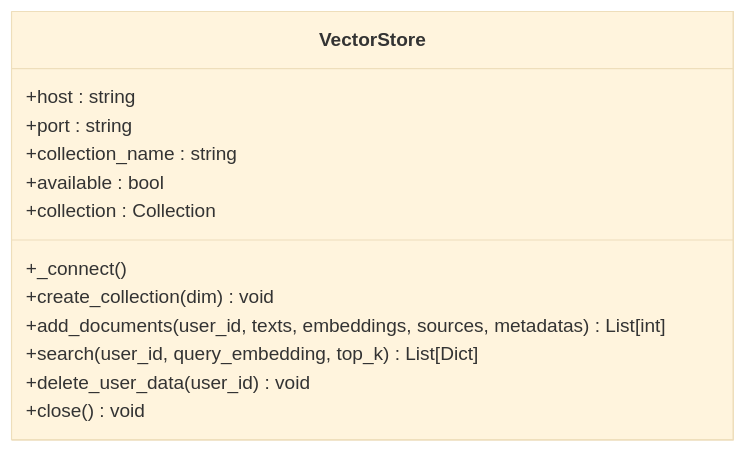
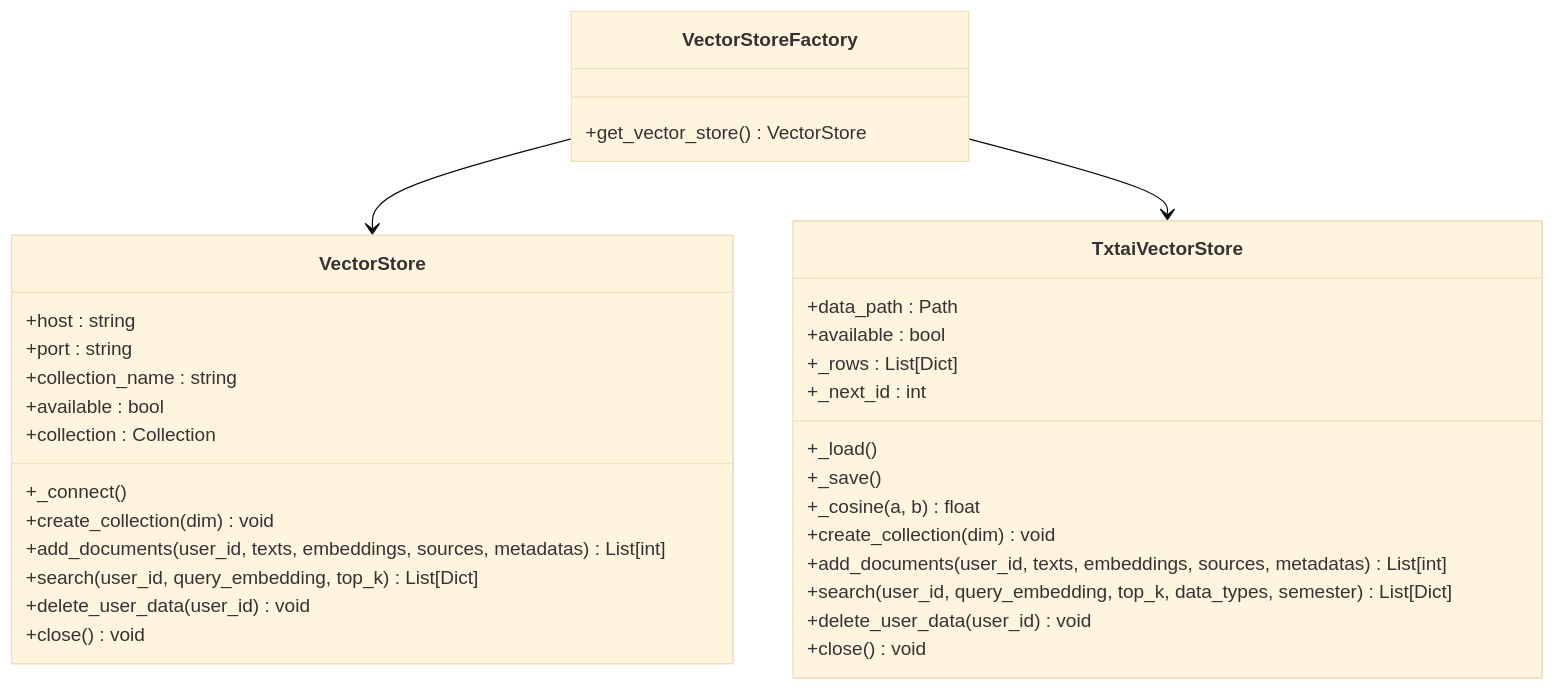
Before and after one commit to ghbbn053-ship-itsoulddog/soulddog: the fourth of 23 diagrams in .qoder/repowiki/zh/content/AI智能问答系统/AI智能问答系统.md, drawn with Mermaid (base theme). The commit also changed other lines of this file and 119 other files, not shown here.

````diff
--- a/.qoder/repowiki/zh/content/AI智能问答系统/AI智能问答系统.md
+++ b/.qoder/repowiki/zh/content/AI智能问答系统/AI智能问答系统.md
@@ -179,16 +282,35 @@
 ```mermaid
 classDiagram
 class VectorStore {
 +host : string
 +port : string
 +collection_name : string
 +available : bool
 +collection : Collection
 +_connect()
 +create_collection(dim) void
 +add_documents(user_id, texts, embeddings, sources, metadatas) List[int]
 +search(user_id, query_embedding, top_k) List[Dict]
 +delete_user_data(user_id) void
 +close() void
 }
+class TxtaiVectorStore {
++data_path : Path
++available : bool
++_rows : List[Dict]
++_next_id : int
++_load()
++_save()
++_cosine(a, b) float
++create_collection(dim) void
++add_documents(user_id, texts, embeddings, sources, metadatas) List[int]
++search(user_id, query_embedding, top_k, data_types, semester) List[Dict]
++delete_user_data(user_id) void
++close() void
+}
+class VectorStoreFactory {
++get_vector_store() VectorStore
+}
+VectorStoreFactory --> VectorStore
+VectorStoreFactory --> TxtaiVectorStore
 ```
````
